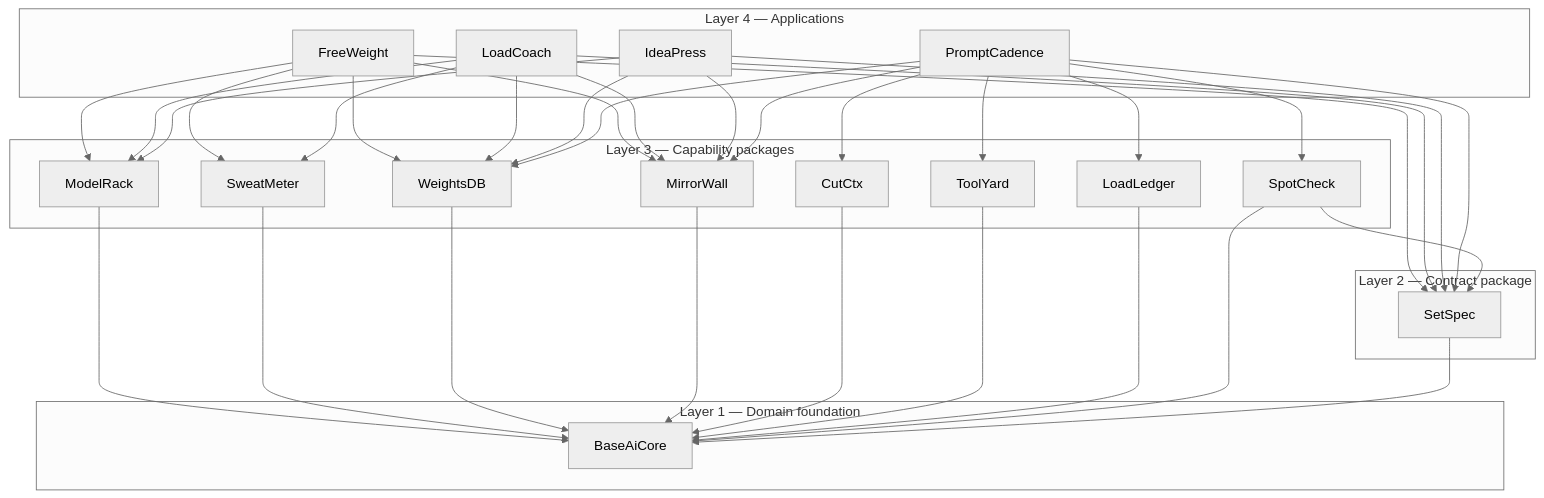
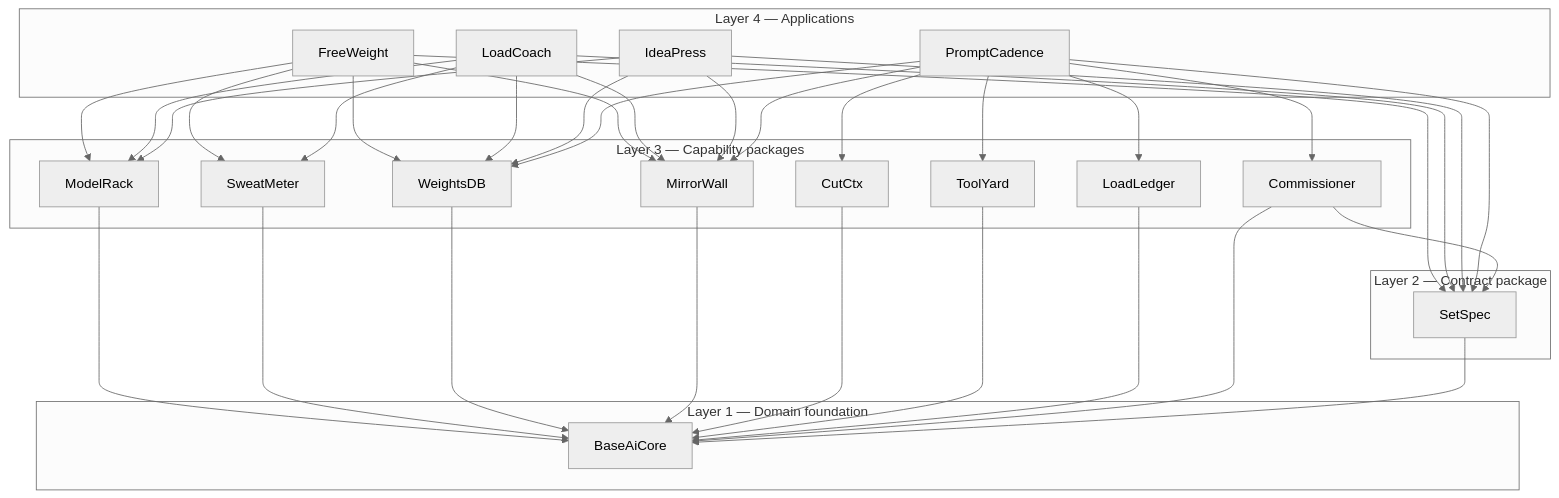
One commit to JPKell/OpenWeight-Gym changed the first of 10 diagrams in architecture/master-architecture.md. Above: the diagram before and after it, drawn with Mermaid (neutral theme). The commit also changed other lines of this file and 26 other files, not shown here.

First line of the commit message:
refactor(commissioner): rename SpotCheck to Commissioner throughout

````diff
--- a/architecture/master-architecture.md
+++ b/architecture/master-architecture.md
@@ -154,40 +154,40 @@
 ```mermaid
 graph TD
     subgraph L4["Layer 4 — Applications"]
         FW[FreeWeight]
         LC[LoadCoach]
         IP[IdeaPress]
         PC[PromptCadence]
     end
     subgraph L3["Layer 3 — Capability packages"]
         MR[ModelRack]
         SM[SweatMeter]
         WD[WeightsDB]
         MW[MirrorWall]
         CC[CutCtx]
         TY[ToolYard]
         LL[LoadLedger]
-        SC[SpotCheck]
+        SC[Commissioner]
     end
     subgraph L2["Layer 2 — Contract package"]
         SS[SetSpec]
     end
     subgraph L1["Layer 1 — Domain foundation"]
         BC[BaseAiCore]
     end
 
     FW --> MR & SM & WD & MW & SS
     LC --> MR & SM & WD & MW & SS
     IP --> MR & WD & MW & SS
     PC --> WD & MW & SS & CC & TY & LL & SC
     MR --> BC
     SM --> BC
     WD --> BC
     MW --> BC
     CC --> BC
     TY --> BC
     LL --> BC
     SC --> BC
     SC --> SS
     SS --> BC
 ```
````
